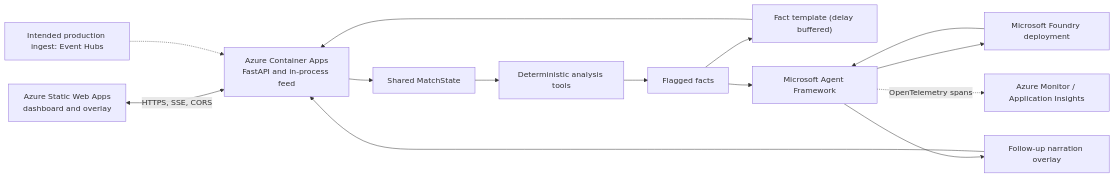
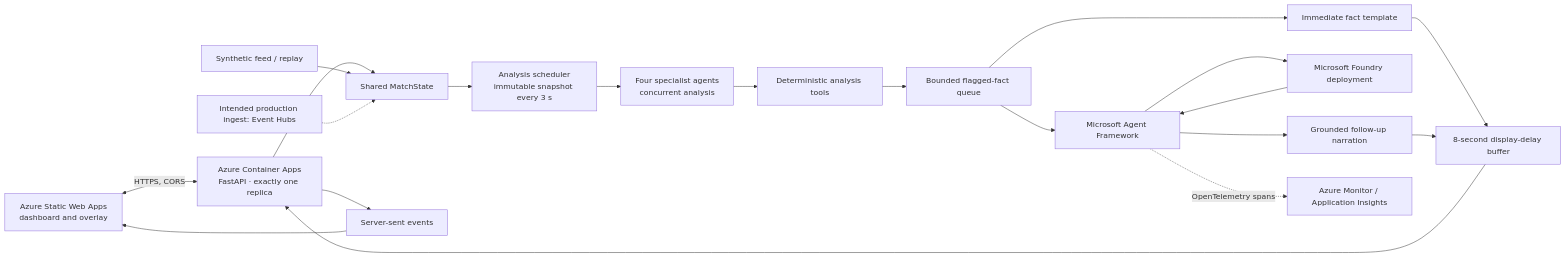
One commit to tomdave01/Overseer changed the diagram in README.md. Above: the diagram before and after it, drawn with Mermaid. The commit also changed other lines of this file and 5 other files, not shown here.

````diff
--- a/README.md
+++ b/README.md
@@ -7,20 +13,26 @@
 ```mermaid
 flowchart LR
     Browser["Azure Static Web Apps<br/>dashboard and overlay"]
-    API["Azure Container Apps<br/>FastAPI and in-process feed"]
+    API["Azure Container Apps<br/>FastAPI · exactly one replica"]
     State["Shared MatchState"]
+    Scheduler["Analysis scheduler<br/>immutable snapshot every 3 s"]
+    Analysts["Four specialist agents<br/>concurrent analysis"]
     Engine["Deterministic analysis tools"]
-    Facts["Flagged facts"]
-    Fast["Fact template (delay buffered)"]
+    Facts["Bounded flagged-fact queue"]
+    Fast["Immediate fact template"]
     Framework["Microsoft Agent Framework"]
     Foundry["Microsoft Foundry deployment"]
-    Narration["Follow-up narration overlay"]
+    Narration["Grounded follow-up narration"]
+    Delay["8-second display-delay buffer"]
+    SSE["Server-sent events"]
     Monitor["Azure Monitor / Application Insights"]
-    Browser <-->|"HTTPS, SSE, CORS"| API
-    API --> State --> Engine --> Facts
-    Facts --> Fast --> API
-    Facts --> Framework --> Foundry
-    Foundry --> Framework --> Narration --> API
+    Browser <-->|"HTTPS, CORS"| API
+    API --> State --> Scheduler --> Analysts
+    Analysts --> Engine --> Facts
+    Facts --> Fast --> Delay
+    Facts --> Framework --> Foundry --> Framework --> Narration --> Delay
+    Delay --> API --> SSE --> Browser
     Framework -. "OpenTelemetry spans" .-> Monitor
-    Future["Intended production ingest: Event Hubs"] -.-> API
+    Feed["Synthetic feed / replay"] --> State
+    Future["Intended production ingest: Event Hubs"] -.-> State
 ```
````
